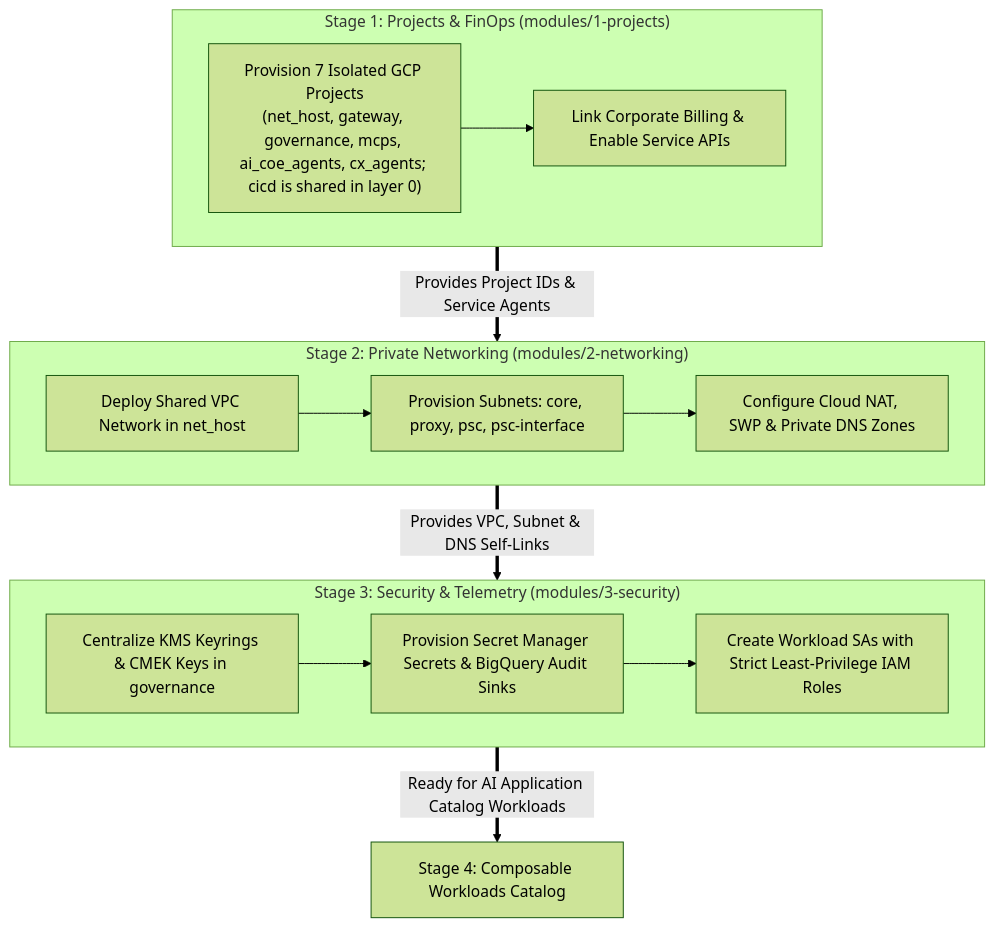
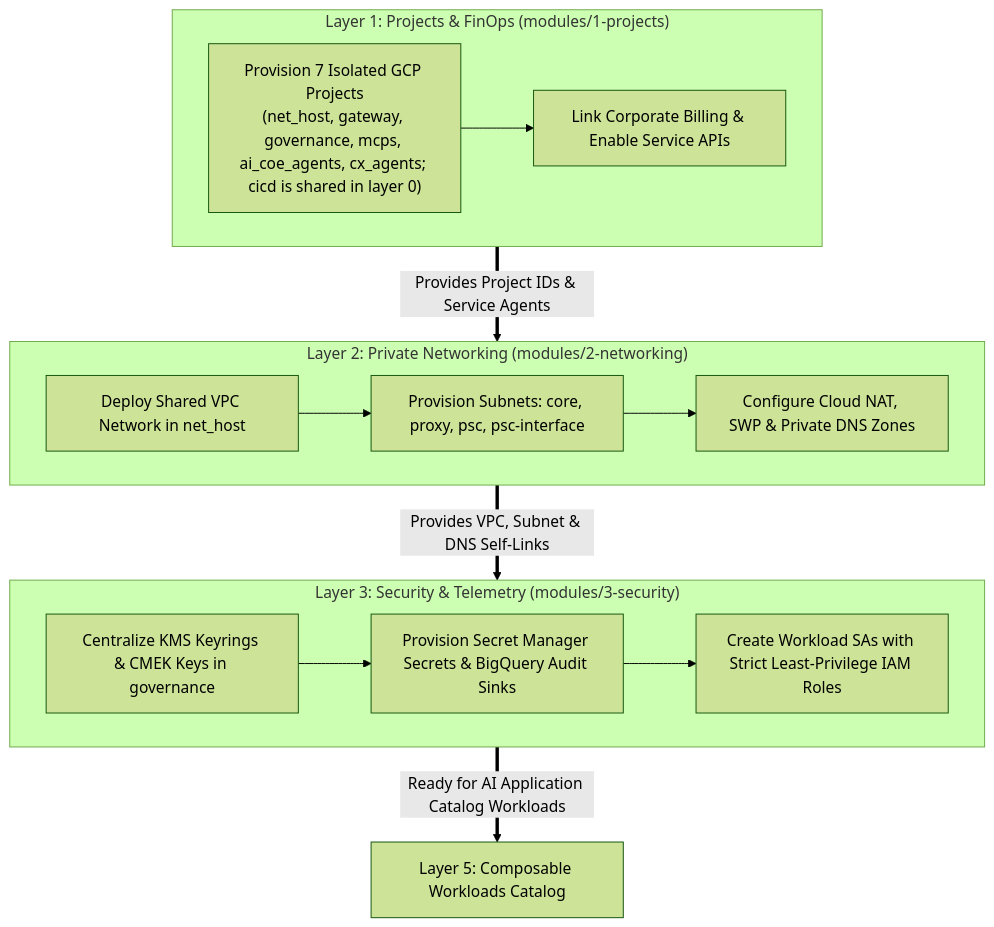
Before and after one commit to google/esmeralda: the diagram in docs/1-platform-foundations/README.md, drawn with Mermaid (forest theme). The commit also changed other lines of this file and 75 other files, not shown here.

First line of the commit message:
refactor: use "layer" instead of "stage" throughout

````diff
--- a/docs/1-platform-foundations/README.md
+++ b/docs/1-platform-foundations/README.md
@@ -42,26 +42,26 @@
 ```mermaid
 flowchart TD
-    subgraph Stage1["Stage 1: Projects & FinOps (modules/1-projects)"]
+    subgraph Layer1["Layer 1: Projects & FinOps (modules/1-projects)"]
         P1["Provision 7 Isolated GCP Projects<br/>(net_host, gateway, governance, mcps, ai_coe_agents, cx_agents; cicd is shared in layer 0)"]
         P2["Link Corporate Billing & Enable Service APIs"]
         P1 --> P2
     end
 
-    subgraph Stage2["Stage 2: Private Networking (modules/2-networking)"]
+    subgraph Layer2["Layer 2: Private Networking (modules/2-networking)"]
         N1["Deploy Shared VPC Network in net_host"]
         N2["Provision Subnets: core, proxy, psc, psc-interface"]
         N3["Configure Cloud NAT, SWP & Private DNS Zones"]
         N1 --> N2 --> N3
     end
 
-    subgraph Stage3["Stage 3: Security & Telemetry (modules/3-security)"]
+    subgraph Layer3["Layer 3: Security & Telemetry (modules/3-security)"]
         S1["Centralize KMS Keyrings & CMEK Keys in governance"]
         S2["Provision Secret Manager Secrets & BigQuery Audit Sinks"]
         S3["Create Workload SAs with Strict Least-Privilege IAM Roles"]
         S1 --> S2 --> S3
     end
 
-    Stage1 ==>|Provides Project IDs & Service Agents| Stage2
-    Stage2 ==>|Provides VPC, Subnet & DNS Self-Links| Stage3
-    Stage3 ==>|Ready for AI Application Catalog Workloads| Catalog["Stage 4: Composable Workloads Catalog"]
+    Layer1 ==>|Provides Project IDs & Service Agents| Layer2
+    Layer2 ==>|Provides VPC, Subnet & DNS Self-Links| Layer3
+    Layer3 ==>|Ready for AI Application Catalog Workloads| Catalog["Layer 5: Composable Workloads Catalog"]
 ```
````
